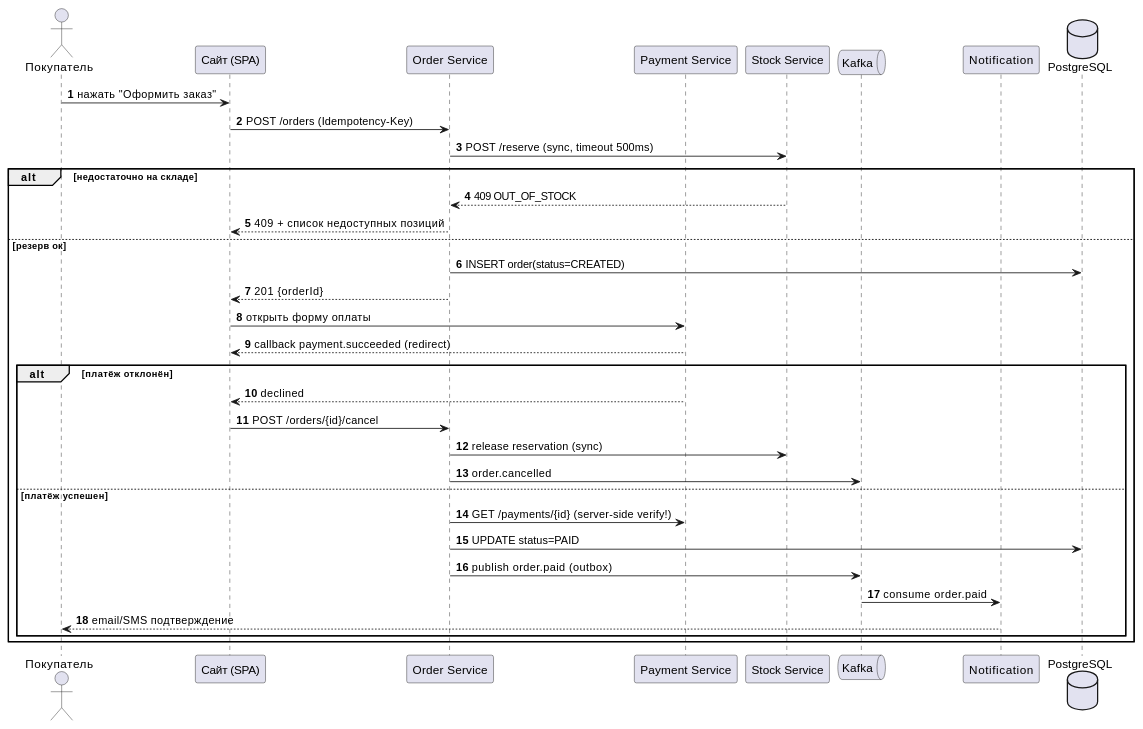
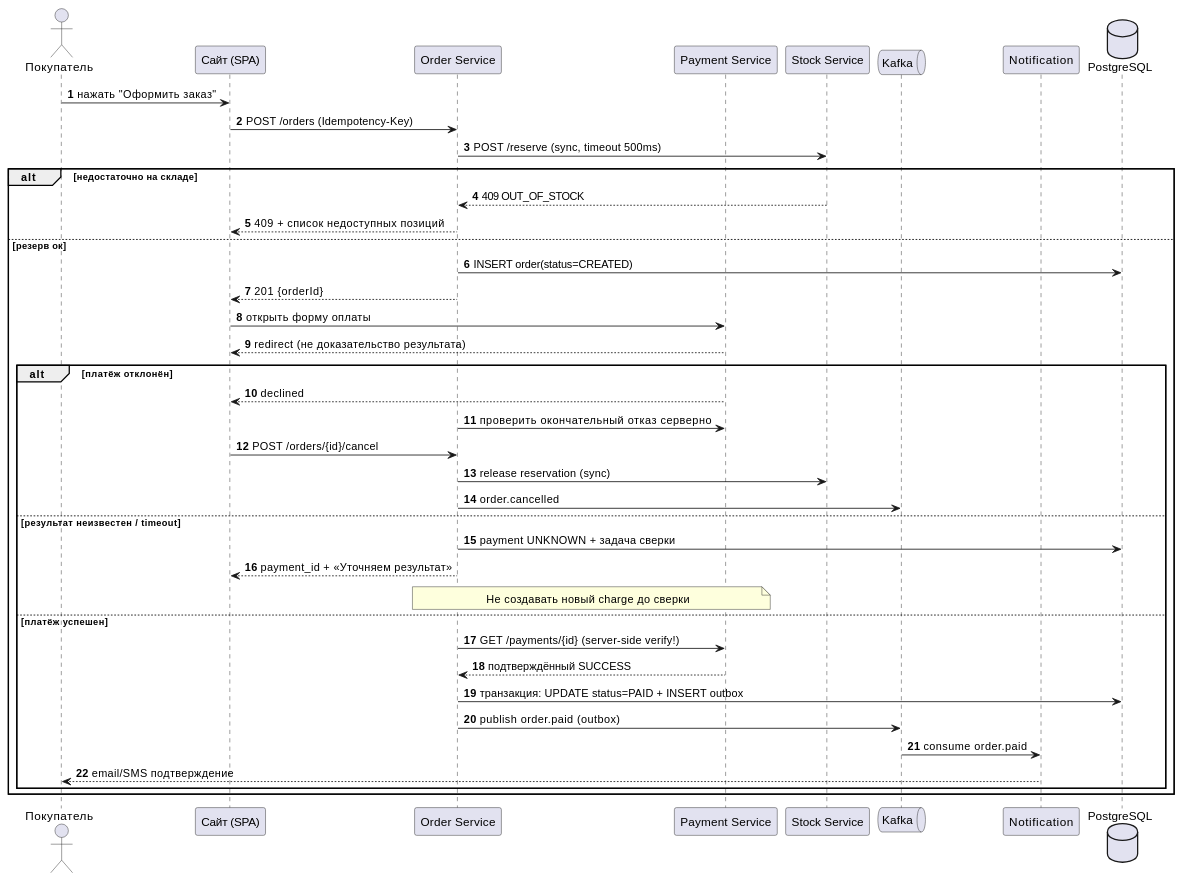
Before and after one commit to maedodo11/fullstack-system-analyst: the diagram in practice/solutions/sol03_sequence.md, drawn with PlantUML. The commit also changed 256 other files, not shown here.

Commit message:
Improve course accuracy, practical examples and diagram validation

````diff
--- a/practice/solutions/sol03_sequence.md
+++ b/practice/solutions/sol03_sequence.md
@@ -3,38 +3,44 @@
 ```plantuml
 @startuml
 autonumber
 actor Покупатель as P
 participant "Сайт (SPA)" as W
 participant "Order Service" as O
 participant "Payment Service" as PS
 participant "Stock Service" as ST
 queue "Kafka" as K
 participant "Notification" as N
 database "PostgreSQL" as DB
 
 P -> W: нажать "Оформить заказ"
 W -> O: POST /orders (Idempotency-Key)
 O -> ST: POST /reserve (sync, timeout 500ms)
 alt недостаточно на складе
   ST --> O: 409 OUT_OF_STOCK
   O --> W: 409 + список недоступных позиций
 else резерв ок
   O -> DB: INSERT order(status=CREATED)
   O --> W: 201 {orderId}
   W -> PS: открыть форму оплаты
-  PS --> W: callback payment.succeeded (redirect)
+  PS --> W: redirect (не доказательство результата)
   alt платёж отклонён
     PS --> W: declined
+    O -> PS: проверить окончательный отказ серверно
     W -> O: POST /orders/{id}/cancel
     O -> ST: release reservation (sync)
     O -> K: order.cancelled
+  else результат неизвестен / timeout
+    O -> DB: payment UNKNOWN + задача сверки
+    O --> W: payment_id + «Уточняем результат»
+    note over O, PS: Не создавать новый charge до сверки
   else платёж успешен
     O -> PS: GET /payments/{id} (server-side verify!)
-    O -> DB: UPDATE status=PAID
+    PS --> O: подтверждённый SUCCESS
+    O -> DB: транзакция: UPDATE status=PAID + INSERT outbox
     O -> K: publish order.paid (outbox)
     K -> N: consume order.paid
     N --> P: email/SMS подтверждение
   end
 end
 @enduml
 ```
````
